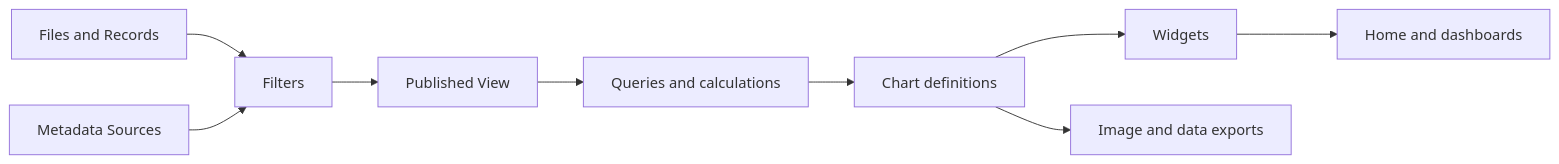
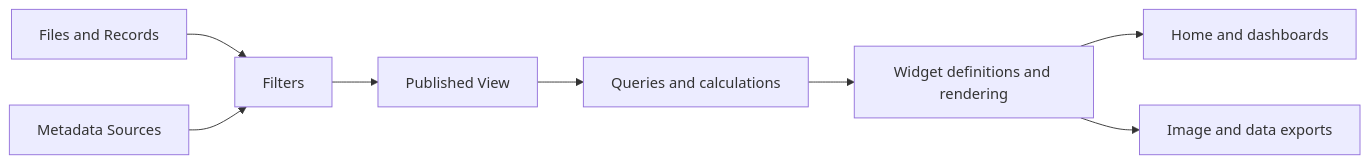
One commit to ephun/Koito changed the diagram in docs/visualization-system-proposal.md. Above: the diagram before and after it, drawn with Mermaid. The commit also changed other lines of this file and 1 other file, not shown here.

````diff
--- a/docs/visualization-system-proposal.md
+++ b/docs/visualization-system-proposal.md
@@ -28,11 +32,10 @@
 ```mermaid
 flowchart LR
     F[Files and Records] --> E[Filters]
     E --> V[Published View]
     V --> Q[Queries and calculations]
-    Q --> C[Chart definitions]
-    C --> W[Widgets]
+    Q --> W[Widget definitions and rendering]
     W --> D[Home and dashboards]
-    C --> X[Image and data exports]
+    W --> X[Image and data exports]
     M[Metadata Sources] --> E
 ```
````
